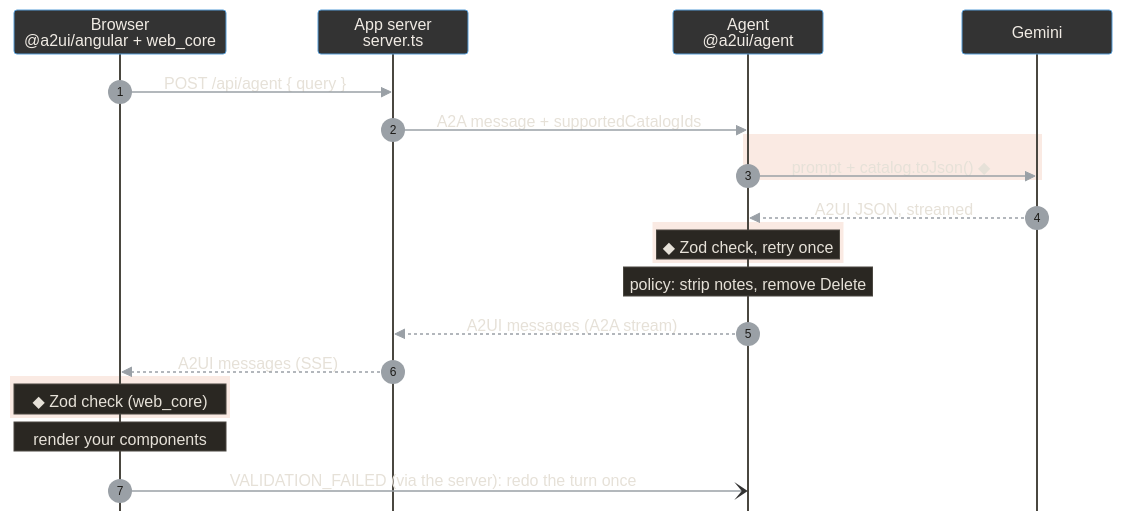
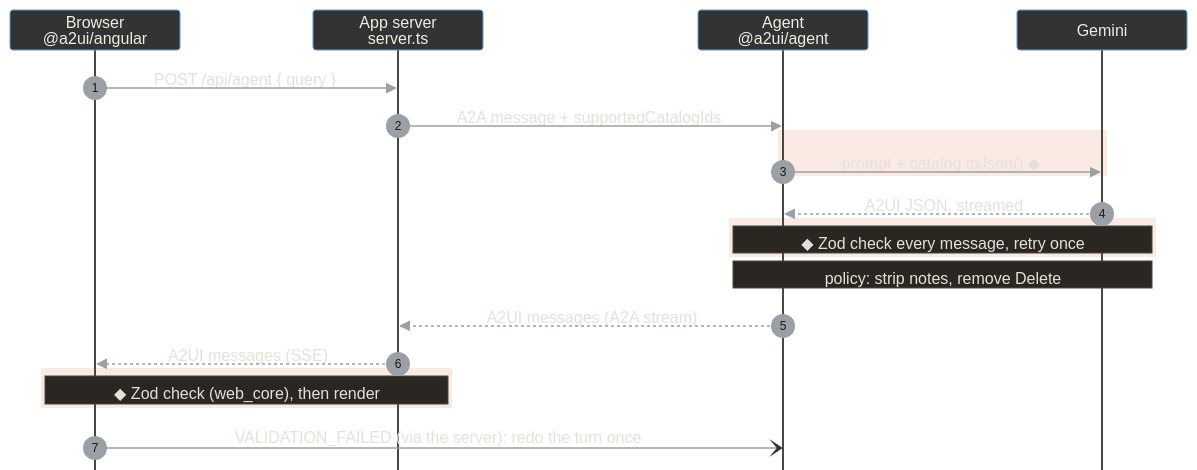
Before and after one commit to giorgiogalassi/talk-a2ui: the diagram in slides.md, drawn with Mermaid. The commit also changed other lines of this file, not shown here.

First line of the commit message:
deck: 'The pieces' one library per click; pipeline fits its panel; 'The Trust Boundary.' on one line

````diff
--- a/slides.md
+++ b/slides.md
@@ -582,26 +584,25 @@
-```mermaid {scale: 0.62}
-%%{init: {"theme": "base", "themeVariables": {"fontFamily": "JetBrains Mono, monospace", "fontSize": "13px", "actorBkg": "#333333", "actorBorder": "#569cd6", "actorTextColor": "#f0ebe4", "actorLineColor": "#4a4740", "signalColor": "#9aa0a6", "signalTextColor": "#e6e1d8", "noteBkgColor": "#2a2722", "noteBorderColor": "#4a4740", "noteTextColor": "#e6e1d8", "sequenceNumberColor": "#1d1b18"}, "sequence": {"mirrorActors": false, "actorMargin": 70, "messageMargin": 18, "noteMargin": 6, "boxMargin": 4, "height": 44, "showSequenceNumbers": true}}}%%
+```mermaid {scale: 0.64}
+%%{init: {"theme": "base", "themeVariables": {"fontFamily": "JetBrains Mono, monospace", "fontSize": "13px", "actorBkg": "#333333", "actorBorder": "#569cd6", "actorTextColor": "#f0ebe4", "actorLineColor": "#4a4740", "signalColor": "#9aa0a6", "signalTextColor": "#e6e1d8", "noteBkgColor": "#2a2722", "noteBorderColor": "#4a4740", "noteTextColor": "#e6e1d8", "sequenceNumberColor": "#1d1b18"}, "sequence": {"mirrorActors": false, "width": 170, "actorMargin": 100, "messageMargin": 14, "noteMargin": 5, "boxMargin": 4, "height": 40, "diagramMarginY": 12, "showSequenceNumbers": true}}}%%
 sequenceDiagram
   autonumber
-  participant B as Browser<br/>@a2ui/angular + web_core
+  participant B as Browser<br/>@a2ui/angular
   participant S as App server<br/>server.ts
   participant A as Agent<br/>@a2ui/agent
   participant M as Gemini
   B->>S: POST /api/agent { query }
   S->>A: A2A message + supportedCatalogIds
   rect rgba(224, 122, 80, 0.16)
   A->>M: prompt + catalog.toJson() ◆
   end
   M-->>A: A2UI JSON, streamed
   rect rgba(224, 122, 80, 0.16)
-  Note over A: ◆ Zod check, retry once
+  Note over A,M: ◆ Zod check every message, retry once
   end
-  Note over A: policy: strip notes, remove Delete
+  Note over A,M: policy: strip notes, remove Delete
   A-->>S: A2UI messages (A2A stream)
   S-->>B: A2UI messages (SSE)
   rect rgba(224, 122, 80, 0.16)
-  Note over B: ◆ Zod check (web_core)
+  Note over B,S: ◆ Zod check (web_core), then render
   end
-  Note over B: render your components
   B-)A: VALIDATION_FAILED (via the server): redo the turn once
 ```
````
